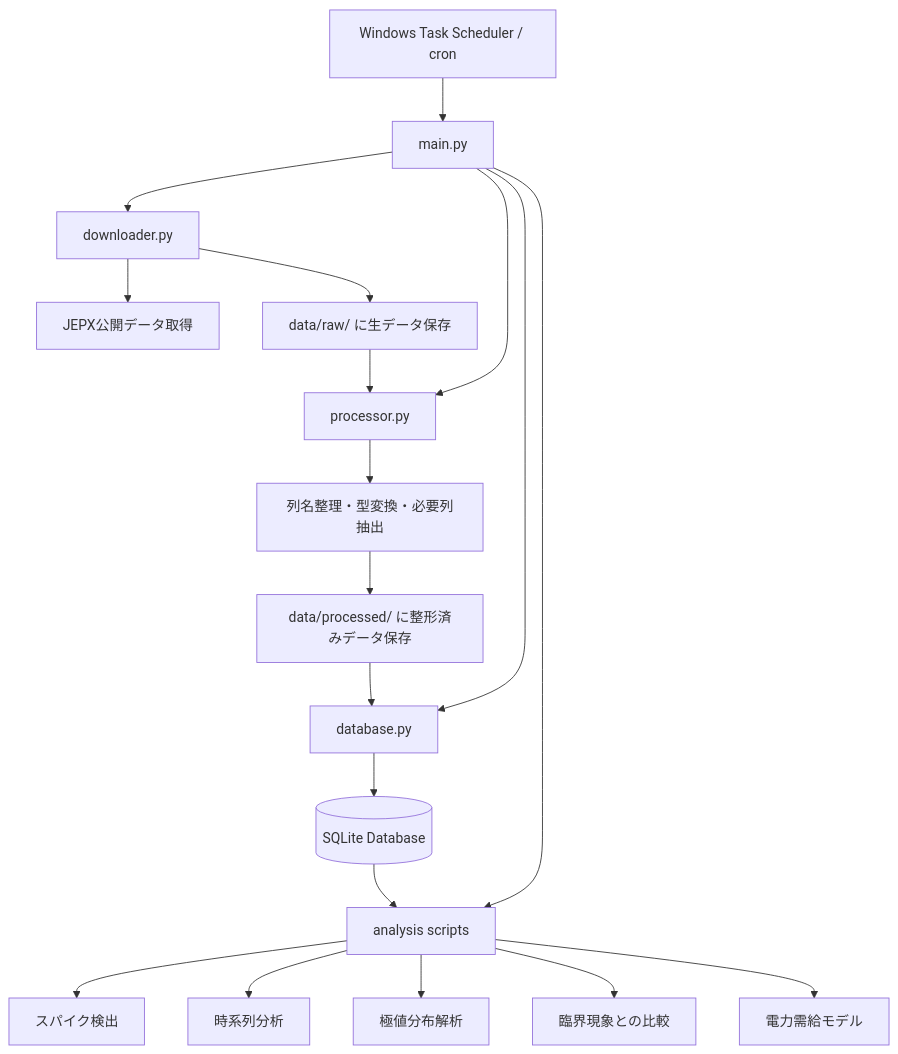
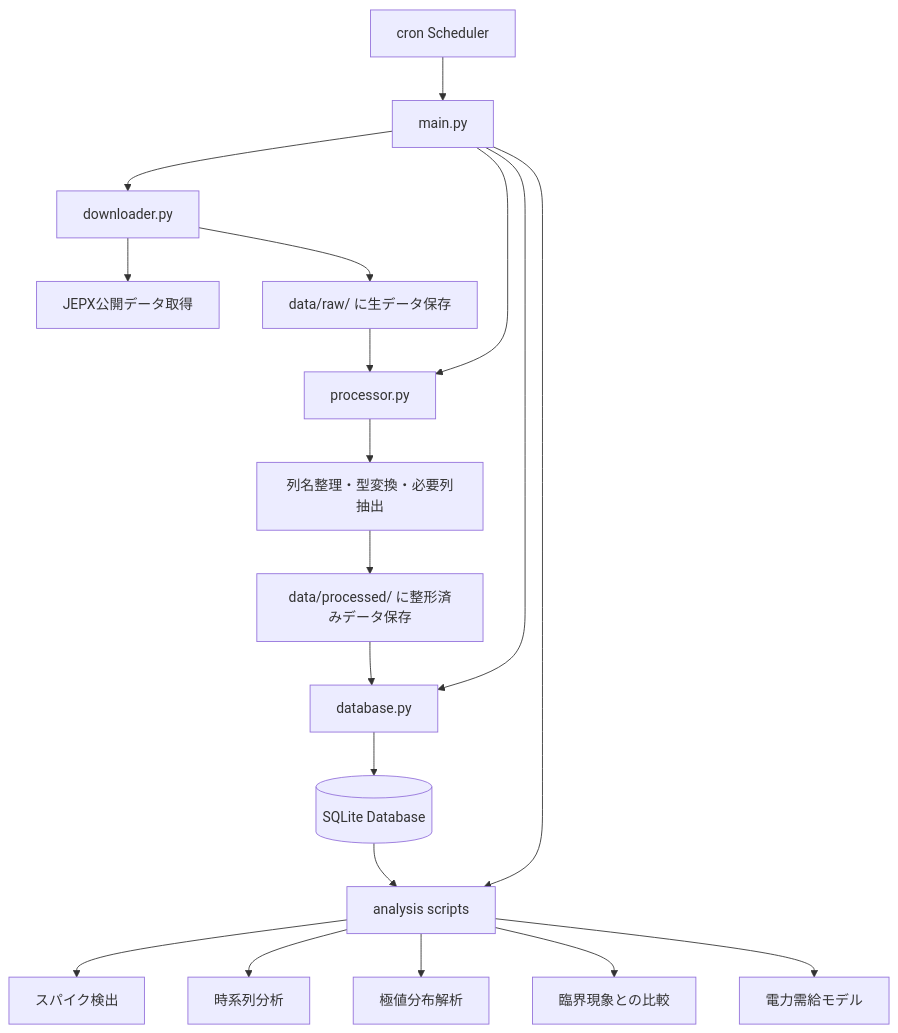
The second of 8 diagrams in README.md (banzai80311315/jepx-data-analytics-platform), drawn with Mermaid before and after one commit. The commit also changed other lines of this file, not shown here.

````diff
--- a/README.md
+++ b/README.md
@@ -4,24 +45,24 @@
 ```mermaid
 flowchart TD
-    A[Windows Task Scheduler / cron] --> B[main.py]
+    A[cron Scheduler] --> B[main.py]
     B --> C[downloader.py]
     C --> D[JEPX公開データ取得]
     C --> E[data/raw/ に生データ保存]
 
     B --> F[processor.py]
     E --> F
     F --> G[列名整理・型変換・必要列抽出]
     G --> H[data/processed/ に整形済みデータ保存]
 
     B --> I[database.py]
     H --> I
     I --> J[(SQLite Database)]
 
     B --> K[analysis scripts]
     J --> K
     K --> L[スパイク検出]
     K --> M[時系列分析]
     K --> N[極値分布解析]
     K --> O[臨界現象との比較]
     K --> P[電力需給モデル]
 ```
````
